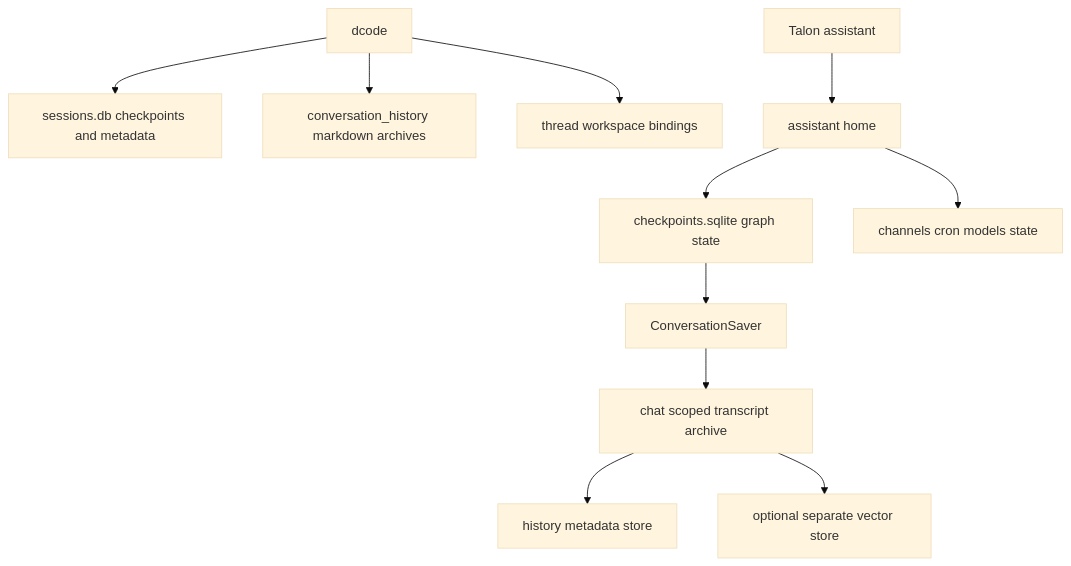
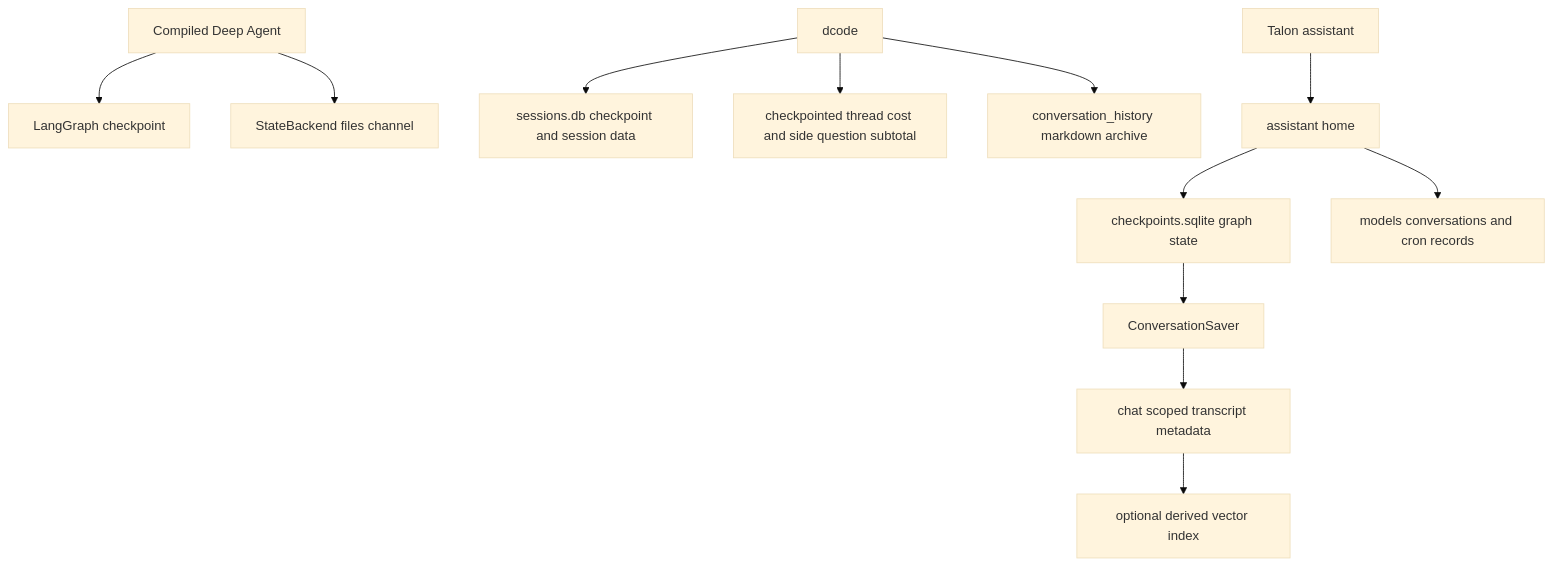
The diagram in openwiki/concepts/state-persistence.md (langchain-ai/deepagents), drawn with Mermaid (base theme) before and after one commit. The commit also changed other lines of this file and 39 other files, not shown here.

````diff
--- a/openwiki/concepts/state-persistence.md
+++ b/openwiki/concepts/state-persistence.md
@@ -53,13 +59,14 @@
 ```mermaid
 flowchart TD
-    Dcode["dcode"] --> DSession["sessions.db checkpoints and metadata"]
-    Dcode --> DArchive["conversation_history markdown archives"]
-    Dcode --> DWorkspace["thread workspace bindings"]
+    Agent["Compiled Deep Agent"] --> Checkpoint["LangGraph checkpoint"]
+    Agent --> StateFiles["StateBackend files channel"]
+    Dcode["dcode"] --> DSession["sessions.db checkpoint and session data"]
+    Dcode --> DCost["checkpointed thread cost and side question subtotal"]
+    Dcode --> DArchive["conversation_history markdown archive"]
     Talon["Talon assistant"] --> THome["assistant home"]
     THome --> TCheckpoint["checkpoints.sqlite graph state"]
-    THome --> TOps["channels cron models state"]
+    THome --> TOps["models conversations and cron records"]
     TCheckpoint --> Saver["ConversationSaver"]
-    Saver --> Archive["chat scoped transcript archive"]
-    Archive --> Metadata["history metadata store"]
-    Archive --> Vectors["optional separate vector store"]
+    Saver --> Archive["chat scoped transcript metadata"]
+    Archive --> Vectors["optional derived vector index"]
 ```
````
